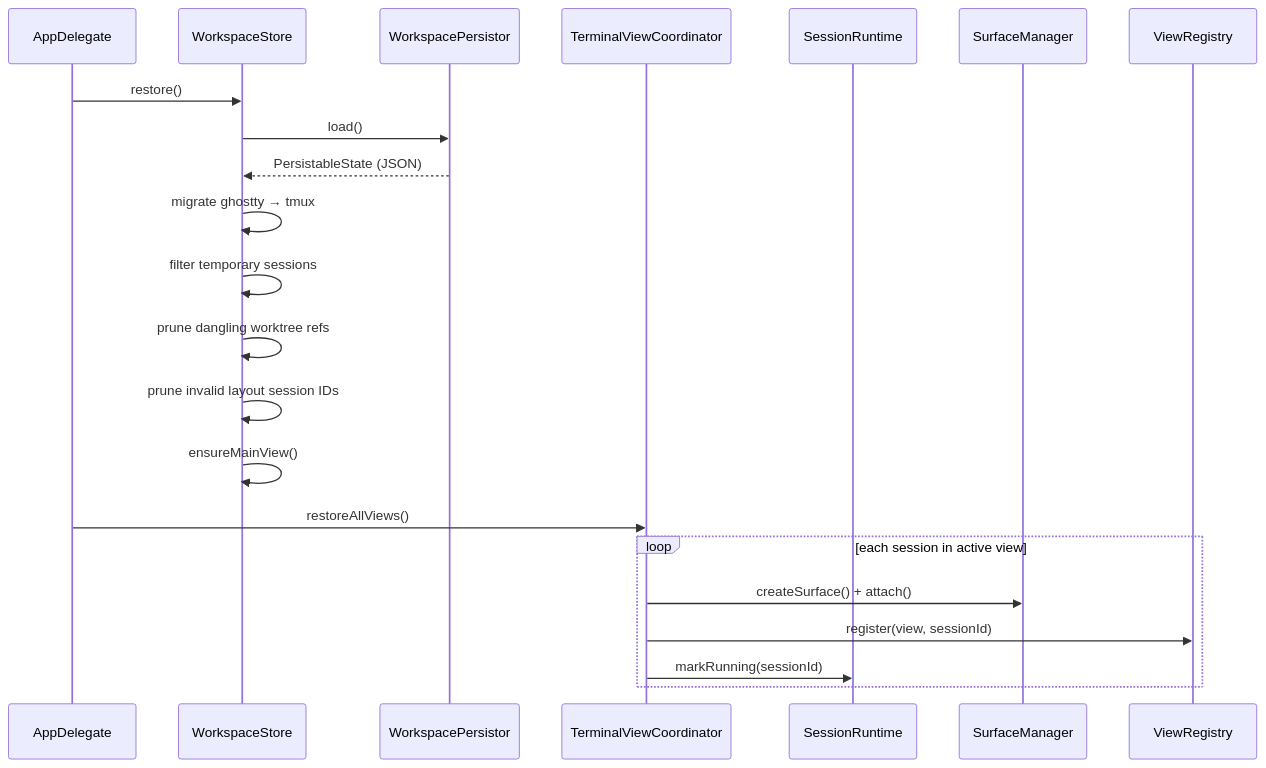
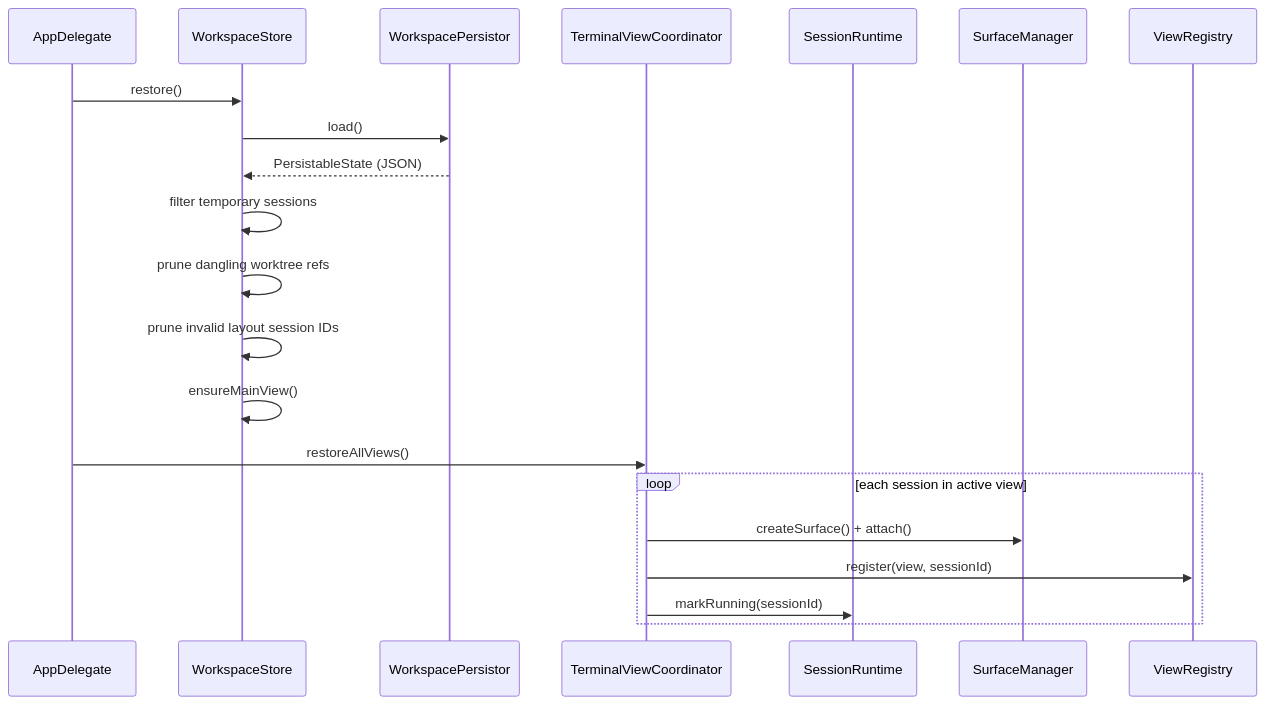
Before and after one commit to ShravanSunder/agentstudio: the third of 3 diagrams in docs/architecture/component_architecture.md, drawn with Mermaid. The commit also changed other lines of this file and 55 other files, not shown here.

````diff
--- a/docs/architecture/component_architecture.md
+++ b/docs/architecture/component_architecture.md
@@ -467,26 +467,25 @@
 ```mermaid
 sequenceDiagram
     participant AD as AppDelegate
     participant Store as WorkspaceStore
     participant P as WorkspacePersistor
     participant Coord as TerminalViewCoordinator
     participant RT as SessionRuntime
     participant SM as SurfaceManager
     participant VR as ViewRegistry
 
     AD->>Store: restore()
     Store->>P: load()
     P-->>Store: PersistableState (JSON)
-    Store->>Store: migrate ghostty → tmux
     Store->>Store: filter temporary sessions
     Store->>Store: prune dangling worktree refs
     Store->>Store: prune invalid layout session IDs
     Store->>Store: ensureMainView()
 
     AD->>Coord: restoreAllViews()
     loop each session in active view
         Coord->>SM: createSurface() + attach()
         Coord->>VR: register(view, sessionId)
         Coord->>RT: markRunning(sessionId)
     end
 ```
````
